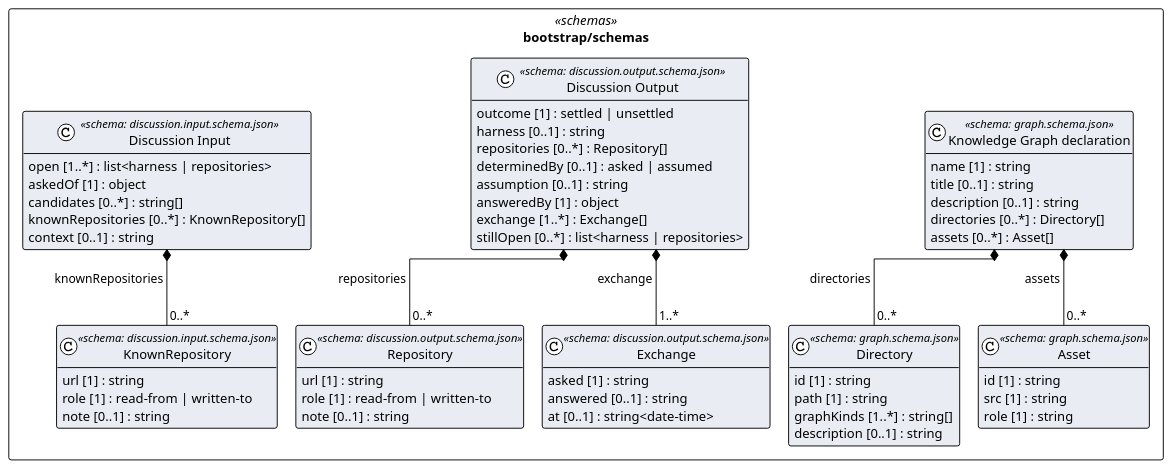
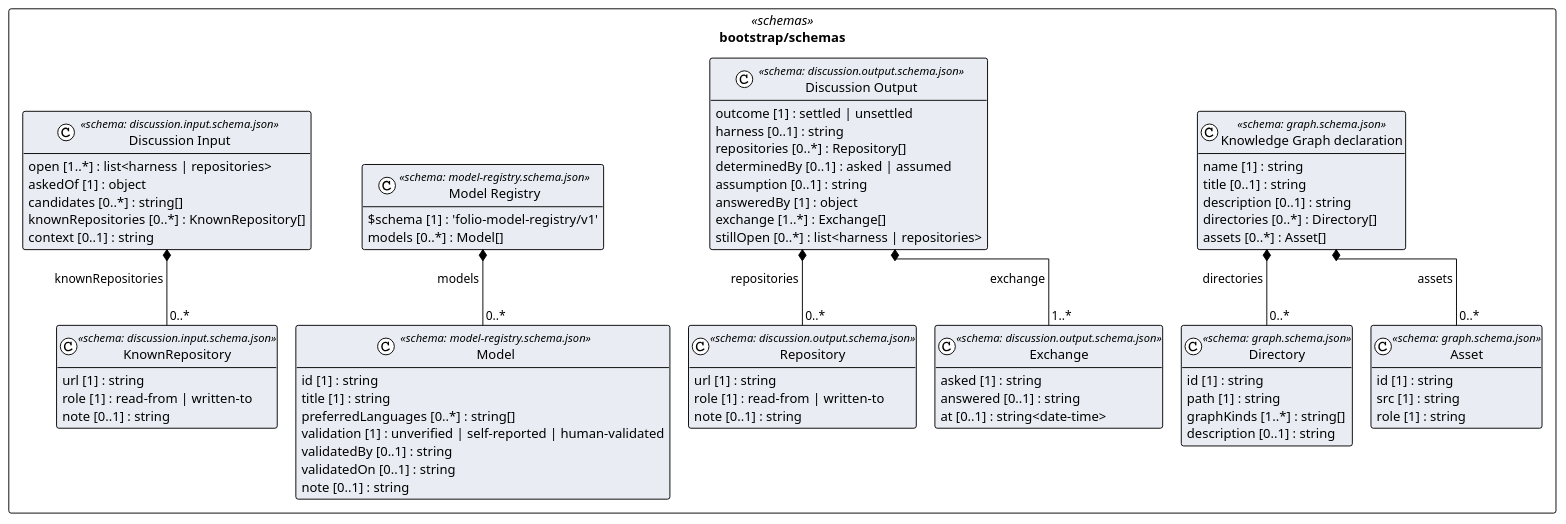
One commit to litlfred/folio-assistant changed the diagram in cat-harness/uml/overview/bootstrap/schemas.puml. Above: the diagram before and after it, drawn with PlantUML. The commit also changed 24 other files, not shown here.

First line of the commit message:
FR-7: model-registry's Zod source moves to cat-harness; bootstrap gets its JSON schema (iwtn ruling 4)

```diff
--- a/cat-harness/uml/overview/bootstrap/schemas.puml
+++ b/cat-harness/uml/overview/bootstrap/schemas.puml
@@ -3,67 +3,81 @@
 @startuml bootstrap_schemas
 !pragma layout elk
 !theme plain
 skinparam classAttributeIconSize 0
 skinparam shadowing false
 skinparam packageStyle rectangle
 hide empty methods
 
 package "bootstrap/schemas" as pkg_bootstrap_schemas <<schemas>> {
   class "KnownRepository" as bootstrap_schemas_discussion_input_schema_json_KnownRepository <<schema: discussion.input.schema.json>> #e9edf3 {
     url [1] : string
     role [1] : read-from | written-to
     note [0..1] : string
   }
   class "Discussion Input" as bootstrap_schemas_discussion_input_schema_json_Discussion_Input <<schema: discussion.input.schema.json>> #e9edf3 {
     open [1..*] : list<harness | repositories>
     askedOf [1] : object
     candidates [0..*] : string[]
     knownRepositories [0..*] : KnownRepository[]
     context [0..1] : string
   }
   class "Repository" as bootstrap_schemas_discussion_output_schema_json_Repository <<schema: discussion.output.schema.json>> #e9edf3 {
     url [1] : string
     role [1] : read-from | written-to
     note [0..1] : string
   }
   class "Exchange" as bootstrap_schemas_discussion_output_schema_json_Exchange <<schema: discussion.output.schema.json>> #e9edf3 {
     asked [1] : string
     answered [0..1] : string
     at [0..1] : string<date-time>
   }
   class "Discussion Output" as bootstrap_schemas_discussion_output_schema_json_Discussion_Output <<schema: discussion.output.schema.json>> #e9edf3 {
     outcome [1] : settled | unsettled
     harness [0..1] : string
     repositories [0..*] : Repository[]
     determinedBy [0..1] : asked | assumed
     assumption [0..1] : string
     answeredBy [1] : object
     exchange [1..*] : Exchange[]
     stillOpen [0..*] : list<harness | repositories>
   }
   class "Directory" as bootstrap_schemas_graph_schema_json_Directory <<schema: graph.schema.json>> #e9edf3 {
     id [1] : string
     path [1] : string
     graphKinds [1..*] : string[]
     description [0..1] : string
   }
   class "Asset" as bootstrap_schemas_graph_schema_json_Asset <<schema: graph.schema.json>> #e9edf3 {
     id [1] : string
     src [1] : string
     role [1] : string
   }
   class "Knowledge Graph declaration" as bootstrap_schemas_graph_schema_json_Knowledge_Graph_declaration <<schema: graph.schema.json>> #e9edf3 {
     name [1] : string
     title [0..1] : string
     description [0..1] : string
     directories [0..*] : Directory[]
     assets [0..*] : Asset[]
   }
+  class "Model" as bootstrap_schemas_model_registry_schema_json_Model <<schema: model-registry.schema.json>> #e9edf3 {
+    id [1] : string
+    title [1] : string
+    preferredLanguages [0..*] : string[]
+    validation [1] : unverified | self-reported | human-validated
+    validatedBy [0..1] : string
+    validatedOn [0..1] : string
+    note [0..1] : string
+  }
+  class "Model Registry" as bootstrap_schemas_model_registry_schema_json_Model_Registry <<schema: model-registry.schema.json>> #e9edf3 {
+    $schema [1] : 'folio-model-registry/v1'
+    models [0..*] : Model[]
+  }
 }
 
 bootstrap_schemas_discussion_input_schema_json_Discussion_Input *-- "0..*" bootstrap_schemas_discussion_input_schema_json_KnownRepository : knownRepositories
 bootstrap_schemas_discussion_output_schema_json_Discussion_Output *-- "0..*" bootstrap_schemas_discussion_output_schema_json_Repository : repositories
 bootstrap_schemas_discussion_output_schema_json_Discussion_Output *-- "1..*" bootstrap_schemas_discussion_output_schema_json_Exchange : exchange
 bootstrap_schemas_graph_schema_json_Knowledge_Graph_declaration *-- "0..*" bootstrap_schemas_graph_schema_json_Directory : directories
 bootstrap_schemas_graph_schema_json_Knowledge_Graph_declaration *-- "0..*" bootstrap_schemas_graph_schema_json_Asset : assets
+bootstrap_schemas_model_registry_schema_json_Model_Registry *-- "0..*" bootstrap_schemas_model_registry_schema_json_Model : models
 @enduml
```
